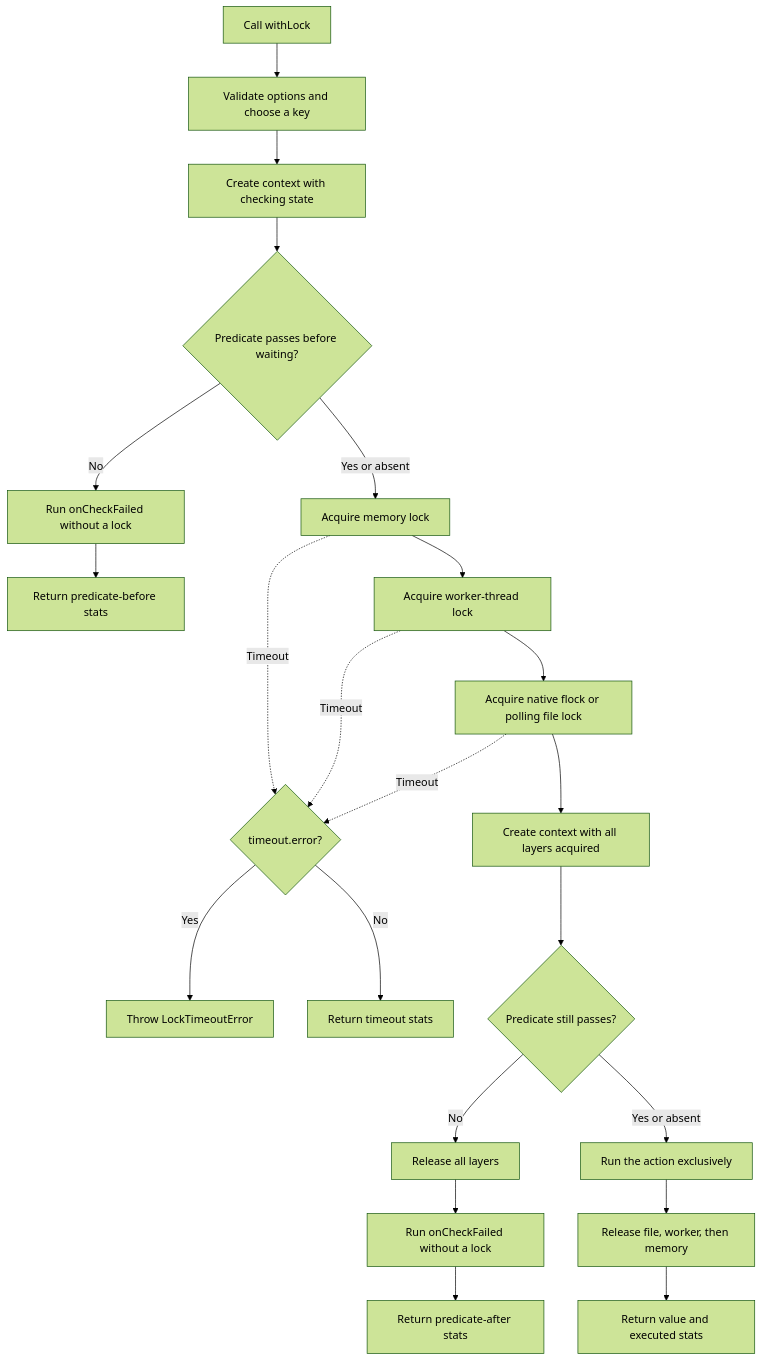
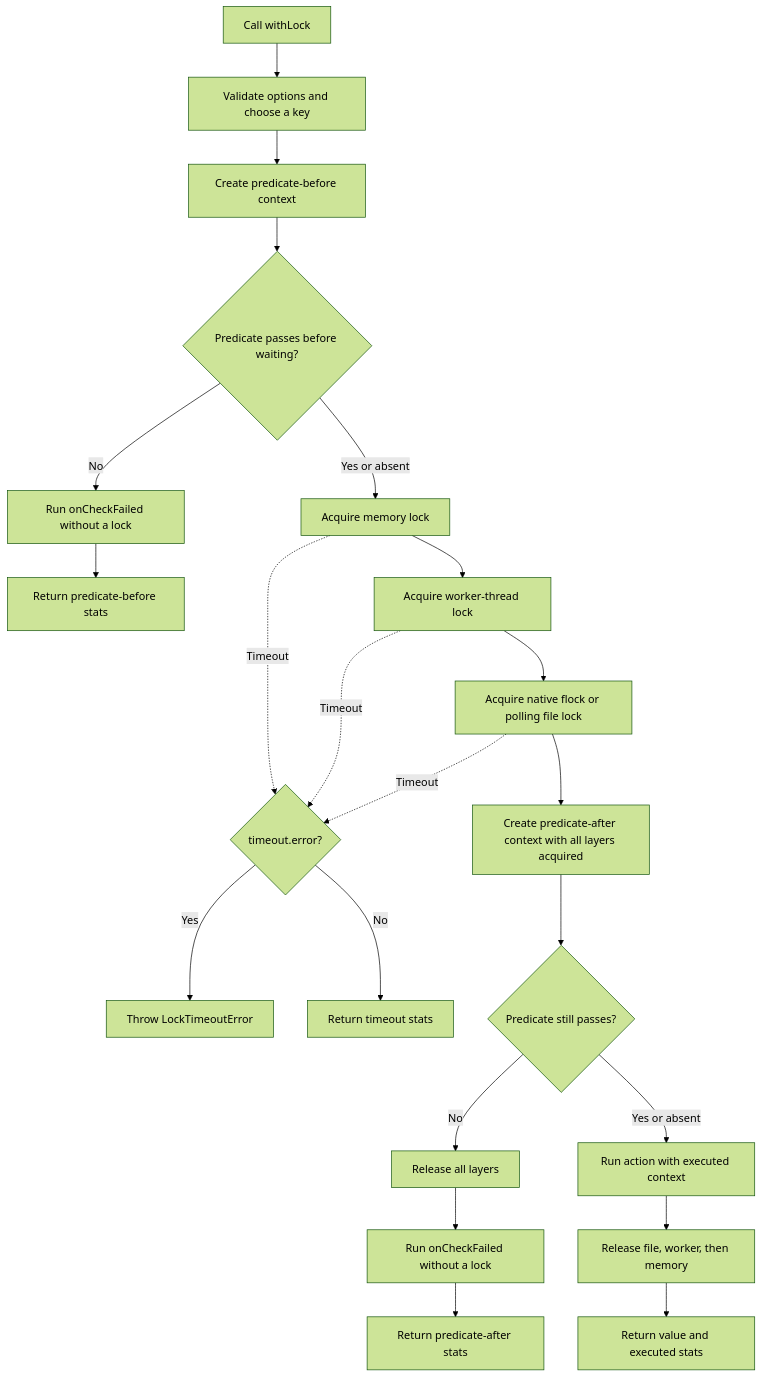
One commit to regbo/lfp-common changed the second of 3 diagrams in README.md. Above: the diagram before and after it, drawn with Mermaid (forest theme). The commit also changed other lines of this file and 3 other files, not shown here.

````diff
--- a/README.md
+++ b/README.md
@@ -101,24 +103,24 @@
 ```mermaid
 flowchart TD
     call["Call withLock"] --> options["Validate options and choose a key"]
-    options --> checking["Create context with checking state"]
+    options --> checking["Create predicate-before context"]
     checking --> before{"Predicate passes before waiting?"}
     before -- "No" --> failedBefore["Run onCheckFailed without a lock"]
     failedBefore --> skippedBefore["Return predicate-before stats"]
     before -- "Yes or absent" --> memory["Acquire memory lock"]
     memory --> worker["Acquire worker-thread lock"]
     worker --> file["Acquire native flock or polling file lock"]
     memory -. "Timeout" .-> timeout{"timeout.error?"}
     worker -. "Timeout" .-> timeout
     file -. "Timeout" .-> timeout
     timeout -- "Yes" --> timeoutError["Throw LockTimeoutError"]
     timeout -- "No" --> timeoutResult["Return timeout stats"]
-    file --> acquired["Create context with all layers acquired"]
+    file --> acquired["Create predicate-after context with all layers acquired"]
     acquired --> after{"Predicate still passes?"}
     after -- "No" --> releaseFailed["Release all layers"]
     releaseFailed --> failedAfter["Run onCheckFailed without a lock"]
     failedAfter --> skippedAfter["Return predicate-after stats"]
-    after -- "Yes or absent" --> action["Run the action exclusively"]
+    after -- "Yes or absent" --> action["Run action with executed context"]
     action --> release["Release file, worker, then memory"]
     release --> result["Return value and executed stats"]
 ```
````
